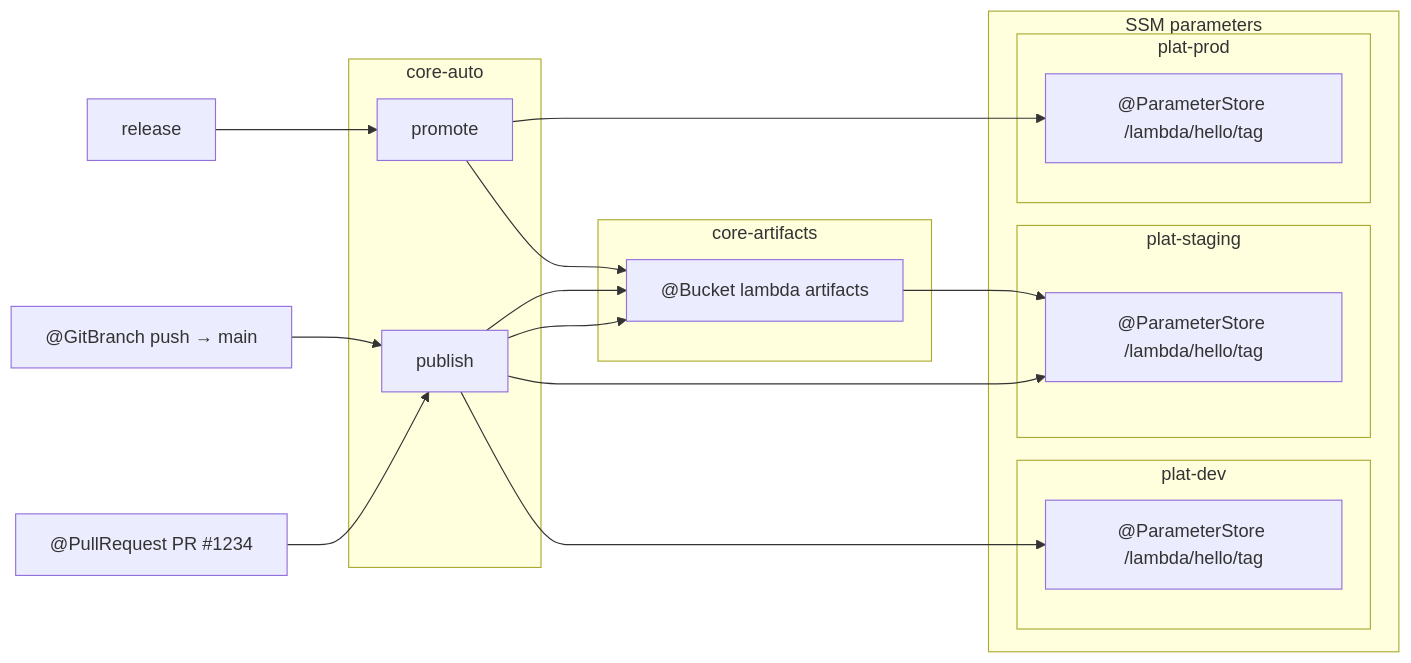
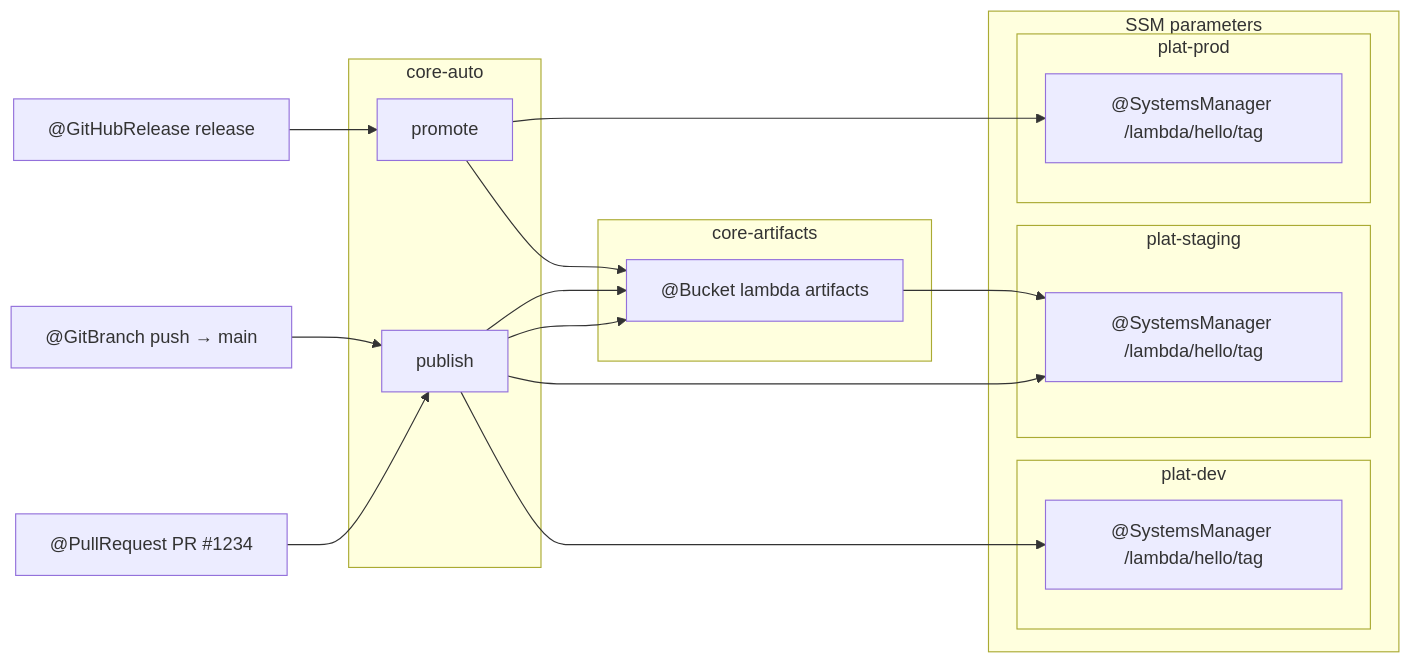
Before and after one commit to cloudposse/docs: the diagram in docs/layers/software-delivery/lambda/lambda.mdx, drawn with Mermaid. The commit also changed other lines of this file and 10 other files, not shown here.

Commit message:
fix mobile responsiveness. introduce support for icons in mermaid diagrams

````diff
--- a/docs/layers/software-delivery/lambda/lambda.mdx
+++ b/docs/layers/software-delivery/lambda/lambda.mdx
@@ -21,33 +18,32 @@
 ```mermaid
 flowchart LR
     subgraph core-auto
         publish["publish"]
         promote["promote"]
     end
 
     subgraph core-artifacts
         artifacts_bucket["@Bucket lambda artifacts"]
     end
 
     subgraph "SSM parameters"
         subgraph "plat-dev"
-            dev_lambda_tag["@ParameterStore /lambda/hello/tag"]
+            dev_lambda_tag["@SystemsManager /lambda/hello/tag"]
         end
         subgraph "plat-staging"
-            staging_lambda_tag["@ParameterStore /lambda/hello/tag"]
+            staging_lambda_tag["@SystemsManager /lambda/hello/tag"]
         end
         subgraph "plat-prod"
-            prod_lambda_tag["@ParameterStore /lambda/hello/tag"]
+            prod_lambda_tag["@SystemsManager /lambda/hello/tag"]
         end
     end
 
     pr["@PullRequest PR #1234 "] --> publish --> artifacts_bucket
     publish --> dev_lambda_tag
     push["@GitBranch push → main"] --> publish --> artifacts_bucket
     publish --> staging_lambda_tag
-
-    release["release"] --> promote
+    release["@GitHubRelease release"] --> promote
     promote --> artifacts_bucket
     promote --> prod_lambda_tag
     artifacts_bucket --> staging_lambda_tag
 ```
````
